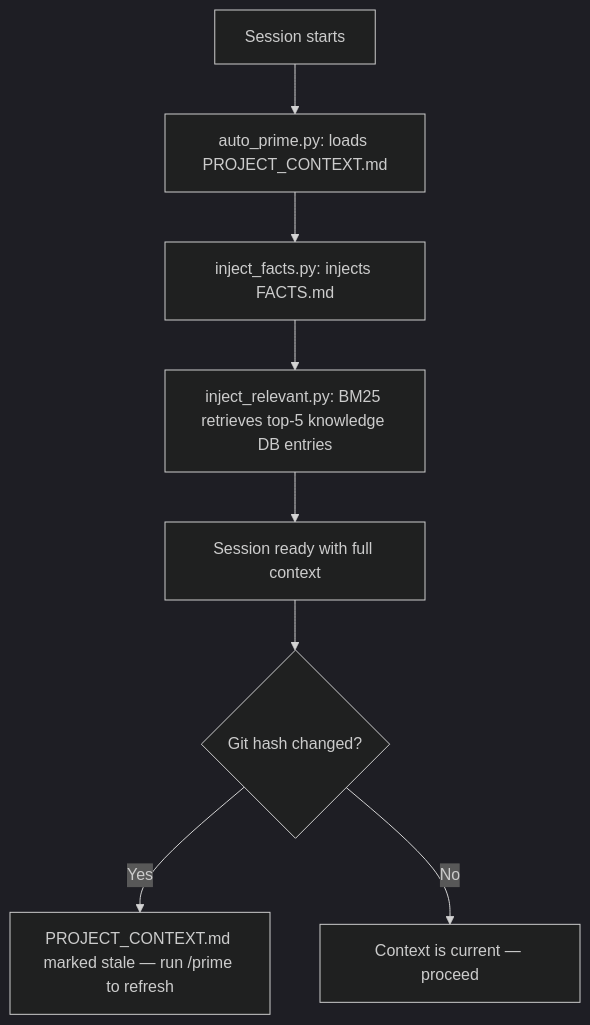
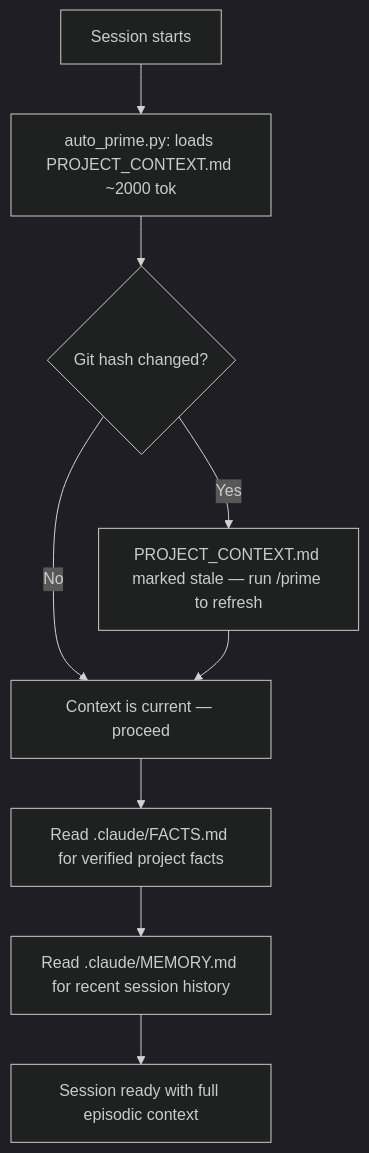
The sixth of 8 diagrams in docs/MEMORY_ARCHITECTURE.md (abujiletsgo/claude-agentic-framework), drawn with Mermaid (dark theme) before and after one commit. The commit also changed other lines of this file and 3 other files, not shown here.

First line of the commit message:
docs: update memory system diagrams to reflect on-demand episodic memory

````diff
--- a/docs/MEMORY_ARCHITECTURE.md
+++ b/docs/MEMORY_ARCHITECTURE.md
@@ -209,10 +219,11 @@
 ```mermaid
 flowchart TD
-    A[Session starts] --> B[auto_prime.py: loads PROJECT_CONTEXT.md]
-    B --> C[inject_facts.py: injects FACTS.md]
-    C --> D[inject_relevant.py: BM25 retrieves top-5 knowledge DB entries]
-    D --> E[Session ready with full context]
-    E --> F{Git hash changed?}
-    F -->|Yes| G[PROJECT_CONTEXT.md marked stale — run /prime to refresh]
-    F -->|No| H[Context is current — proceed]
+    A[Session starts] --> B[auto_prime.py: loads PROJECT_CONTEXT.md ~2000 tok]
+    B --> C{Git hash changed?}
+    C -->|Yes| D[PROJECT_CONTEXT.md marked stale — run /prime to refresh]
+    C -->|No| E[Context is current — proceed]
+    D --> E
+    E --> F[Read .claude/FACTS.md for verified project facts]
+    F --> G[Read .claude/MEMORY.md for recent session history]
+    G --> H[Session ready with full episodic context]
 ```
````
